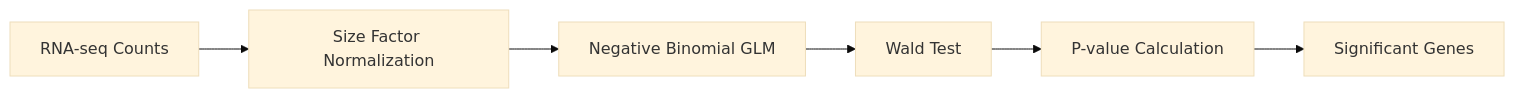
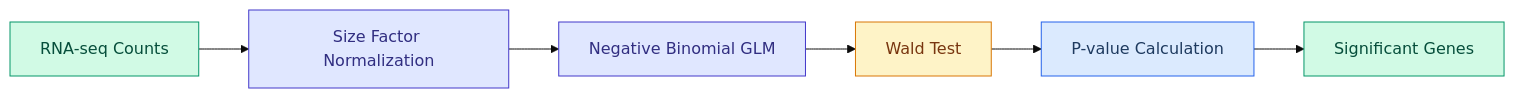
The diagram in docs/examples/advanced/differential-expression.md (avitai/DiffBio), drawn with Mermaid (base theme) before and after one commit. The commit also changed 124 other files, not shown here.

````diff
--- a/docs/examples/advanced/differential-expression.md
+++ b/docs/examples/advanced/differential-expression.md
@@ -13,8 +13,15 @@
 ```mermaid
 graph LR
     A[RNA-seq Counts] --> B[Size Factor Normalization]
     B --> C[Negative Binomial GLM]
     C --> D[Wald Test]
     D --> E[P-value Calculation]
     E --> F[Significant Genes]
+
+    style A fill:#d1fae5,stroke:#059669,color:#064e3b
+    style B fill:#e0e7ff,stroke:#4338ca,color:#312e81
+    style C fill:#e0e7ff,stroke:#4338ca,color:#312e81
+    style D fill:#fef3c7,stroke:#d97706,color:#78350f
+    style E fill:#dbeafe,stroke:#2563eb,color:#1e3a5f
+    style F fill:#d1fae5,stroke:#059669,color:#064e3b
 ```
````
